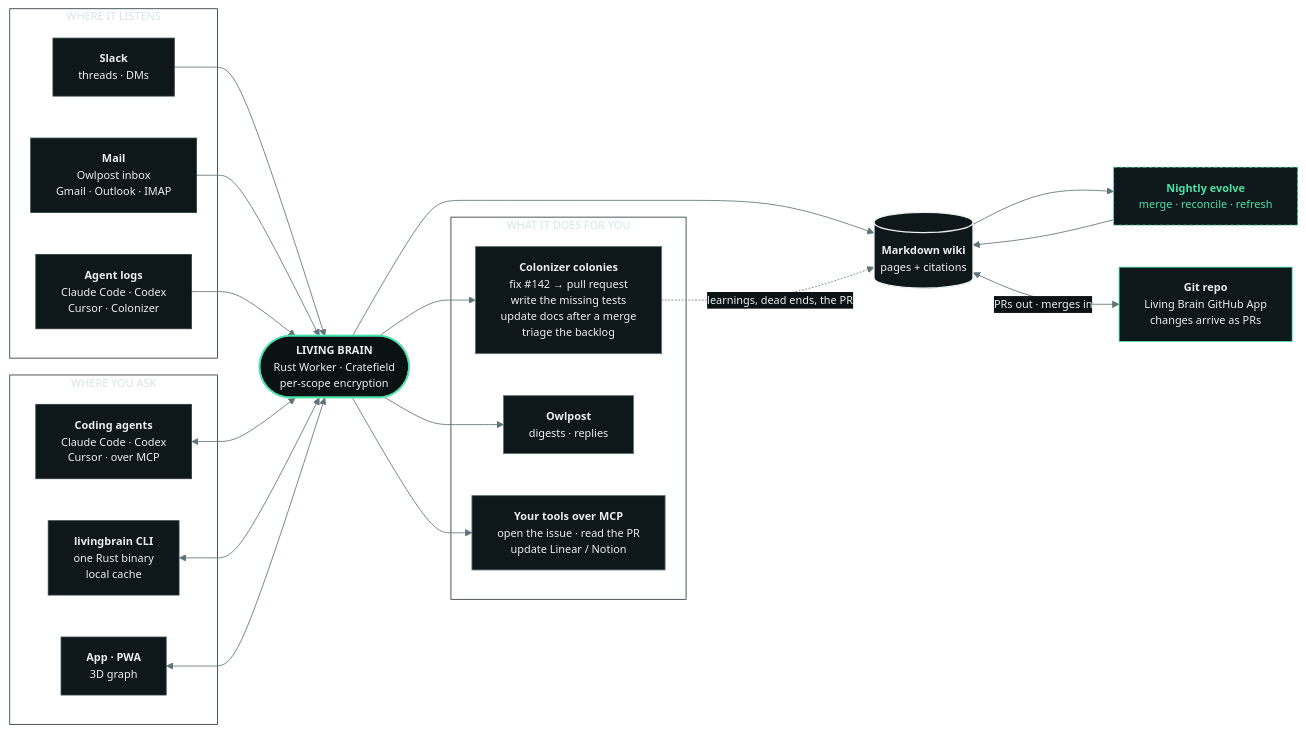
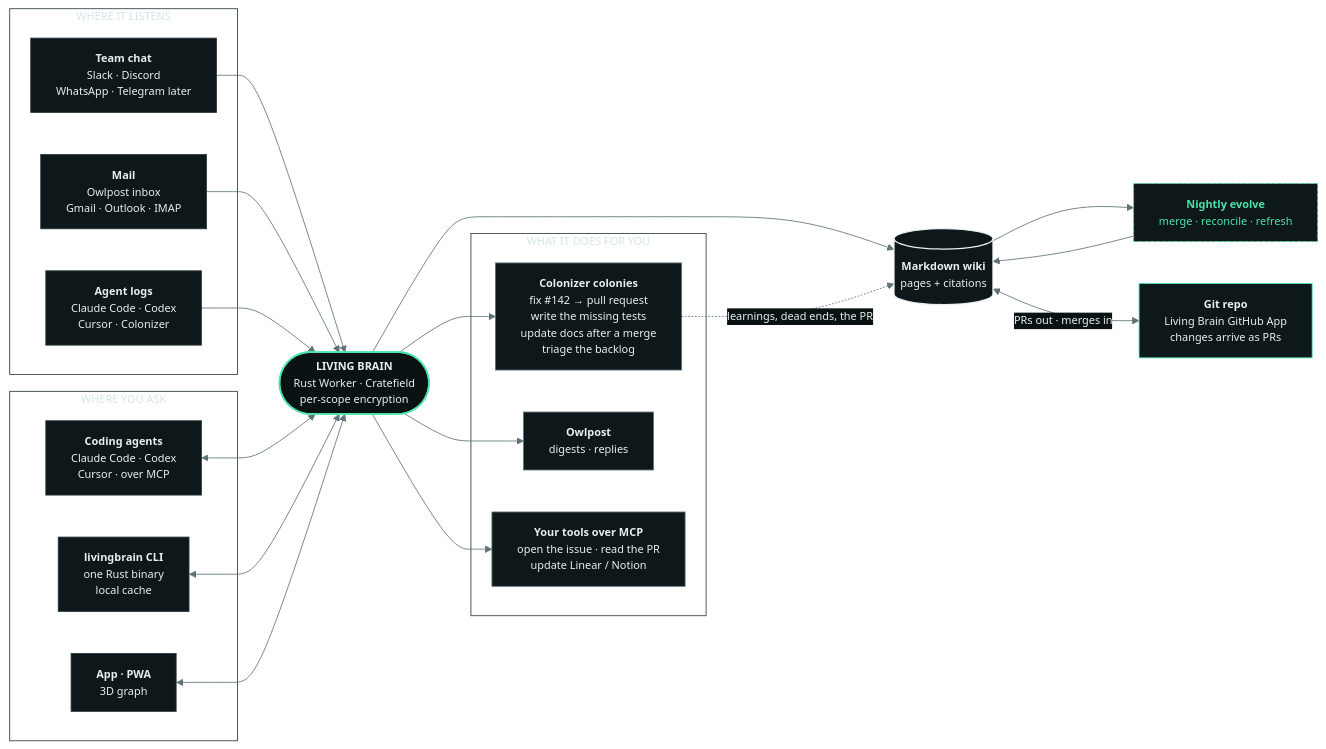
One commit to Livingbrain-wiki/livingbrain changed the diagram in README.md. Above: the diagram before and after it, drawn with Mermaid. The commit also changed other lines of this file, not shown here.

Commit message:
README: coding agents and terminal first; Slack and Discord as equals; WhatsApp and Telegram later (#55-#57)

````diff
--- a/README.md
+++ b/README.md
@@ -56,50 +56,50 @@
 ```mermaid
 %%{init: {"theme":"base","themeVariables":{
   "background":"transparent",
   "fontFamily":"ui-monospace, SFMono-Regular, Menlo, monospace",
   "fontSize":"13px",
   "primaryColor":"#0E1719","primaryTextColor":"#E8EFF0","primaryBorderColor":"#2C3B3F",
   "lineColor":"#5F7378","textColor":"#9DB0B4",
   "clusterBkg":"transparent","clusterBorder":"#2C3B3F",
   "edgeLabelBackground":"#0B1214"
 }} }%%
 flowchart LR
   subgraph IN["WHERE IT LISTENS"]
-    S["<b>Slack</b><br/>threads · DMs"]:::src
+    S["<b>Team chat</b><br/>Slack · Discord<br/>WhatsApp · Telegram later"]:::src
     M["<b>Mail</b><br/>Owlpost inbox<br/>Gmail · Outlook · IMAP"]:::src
     L["<b>Agent logs</b><br/>Claude Code · Codex<br/>Cursor · Colonizer"]:::src
   end
 
   subgraph USE["WHERE YOU ASK"]
     A["<b>Coding agents</b><br/>Claude Code · Codex<br/>Cursor · over MCP"]:::src
     T["<b>livingbrain CLI</b><br/>one Rust binary<br/>local cache"]:::src
     P["<b>App · PWA</b><br/>3D graph"]:::src
   end
 
   B(["<b>LIVING BRAIN</b><br/>Rust Worker · Cratefield<br/>per-scope encryption"]):::core
 
   W[("<b>Markdown wiki</b><br/>pages + citations")]:::wiki
   E["<b>Nightly evolve</b><br/>merge · reconcile · refresh"]:::alive
   G["<b>Git repo</b><br/>Living Brain GitHub App<br/>changes arrive as PRs"]:::git
 
   subgraph ACT["WHAT IT DOES FOR YOU"]
     C["<b>Colonizer colonies</b><br/>fix #142 → pull request<br/>write the missing tests<br/>update docs after a merge<br/>triage the backlog"]:::act
     O["<b>Owlpost</b><br/>digests · replies"]:::act
     I["<b>Your tools over MCP</b><br/>open the issue · read the PR<br/>update Linear / Notion"]:::act
   end
 
   S & M & L --> B
   A & T & P <--> B
   B --> W
   W --> E --> W
   W <-- "PRs out · merges in" --> G
   B --> C & O & I
   C -. "learnings, dead ends, the PR" .-> W
 
   classDef src fill:#0E1719,stroke:#2C3B3F,color:#E8EFF0
   classDef core fill:#0B1214,stroke:#4BE3A9,stroke-width:2px,color:#E8EFF0
   classDef wiki fill:#0E1719,stroke:#E8EFF0,stroke-width:1.5px,color:#E8EFF0
   classDef alive fill:#0E1719,stroke:#4BE3A9,stroke-dasharray:4 3,color:#4BE3A9
   classDef act fill:#0E1719,stroke:#5F7378,color:#E8EFF0
   classDef git fill:#0E1719,stroke:#4BE3A9,color:#E8EFF0
 ```
````
